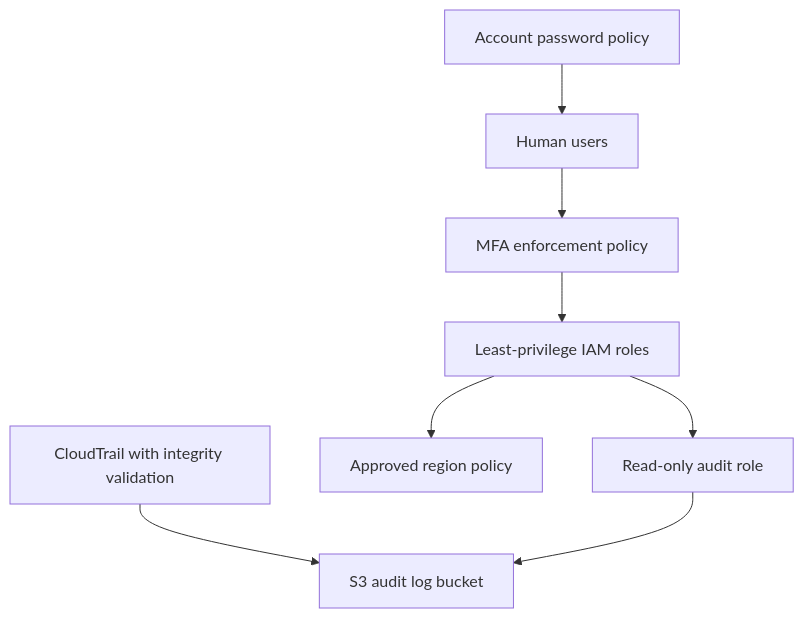
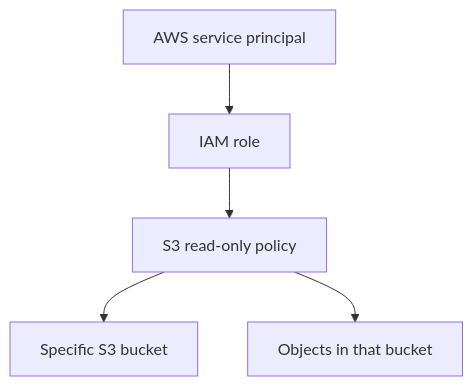
One commit to giselleevita/terraform-aws-iam-baseline changed the diagram in README.md. Above: the diagram before and after it, drawn with Mermaid. The commit also changed other lines of this file and 1 other file, not shown here.

Commit message:
Align IAM module documentation with scope

````diff
--- a/README.md
+++ b/README.md
@@ -30,10 +28,7 @@
 ```mermaid
 flowchart TD
-    Users[Human users] --> MFA[MFA enforcement policy]
-    MFA --> Roles[Least-privilege IAM roles]
-    Roles --> Audit[Read-only audit role]
-    Roles --> Regions[Approved region policy]
-    Account[Account password policy] --> Users
-    CloudTrail[CloudTrail with integrity validation] --> Logs[S3 audit log bucket]
-    Audit --> Logs
+    Service[AWS service principal] --> Role[IAM role]
+    Role --> Policy[S3 read-only policy]
+    Policy --> Bucket[Specific S3 bucket]
+    Policy --> Objects[Objects in that bucket]
 ```
````
